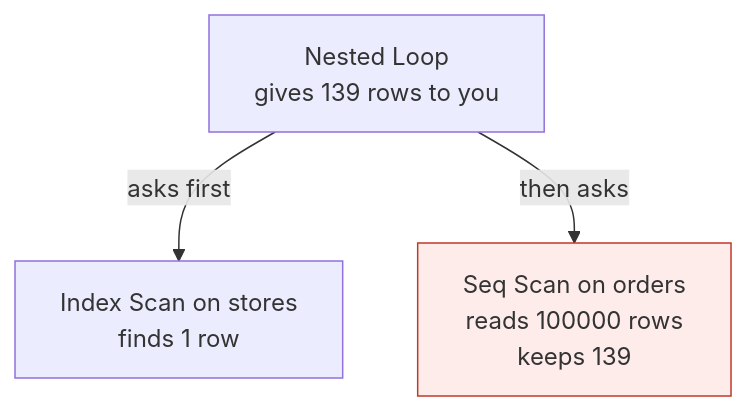
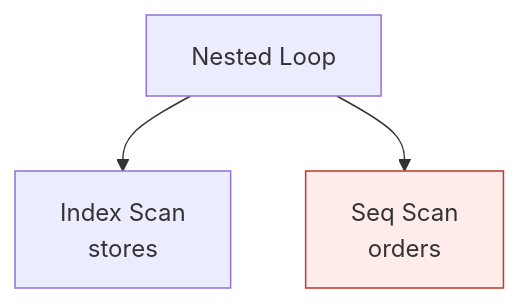
One commit to starjustice/research-material changed the second of 5 diagrams in learn/database/11-reading-explain.md. Above: the diagram before and after it, drawn with Mermaid. The commit also changed other lines of this file, not shown here.

````diff
--- a/learn/database/11-reading-explain.md
+++ b/learn/database/11-reading-explain.md
@@ -82,9 +83,6 @@
 ```mermaid
 graph TB
-    NL["Nested Loop<br/>gives 139 rows to you"]
-    ST["Index Scan on stores<br/>finds 1 row"]
-    SO["Seq Scan on orders<br/>reads 100000 rows<br/>keeps 139"]
-    NL -->|asks first| ST
-    NL -->|then asks| SO
+    NL["Nested Loop"] --> ST["Index Scan<br/>stores"]
+    NL --> SO["Seq Scan<br/>orders"]
     style SO fill:#fdecea,stroke:#c0392b
 ```
````
